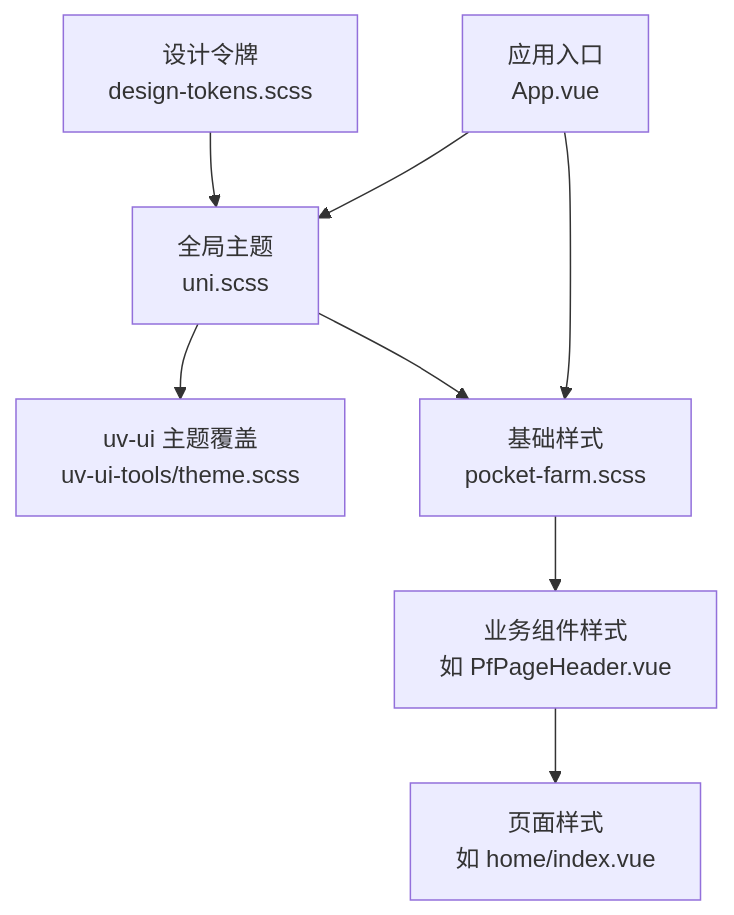
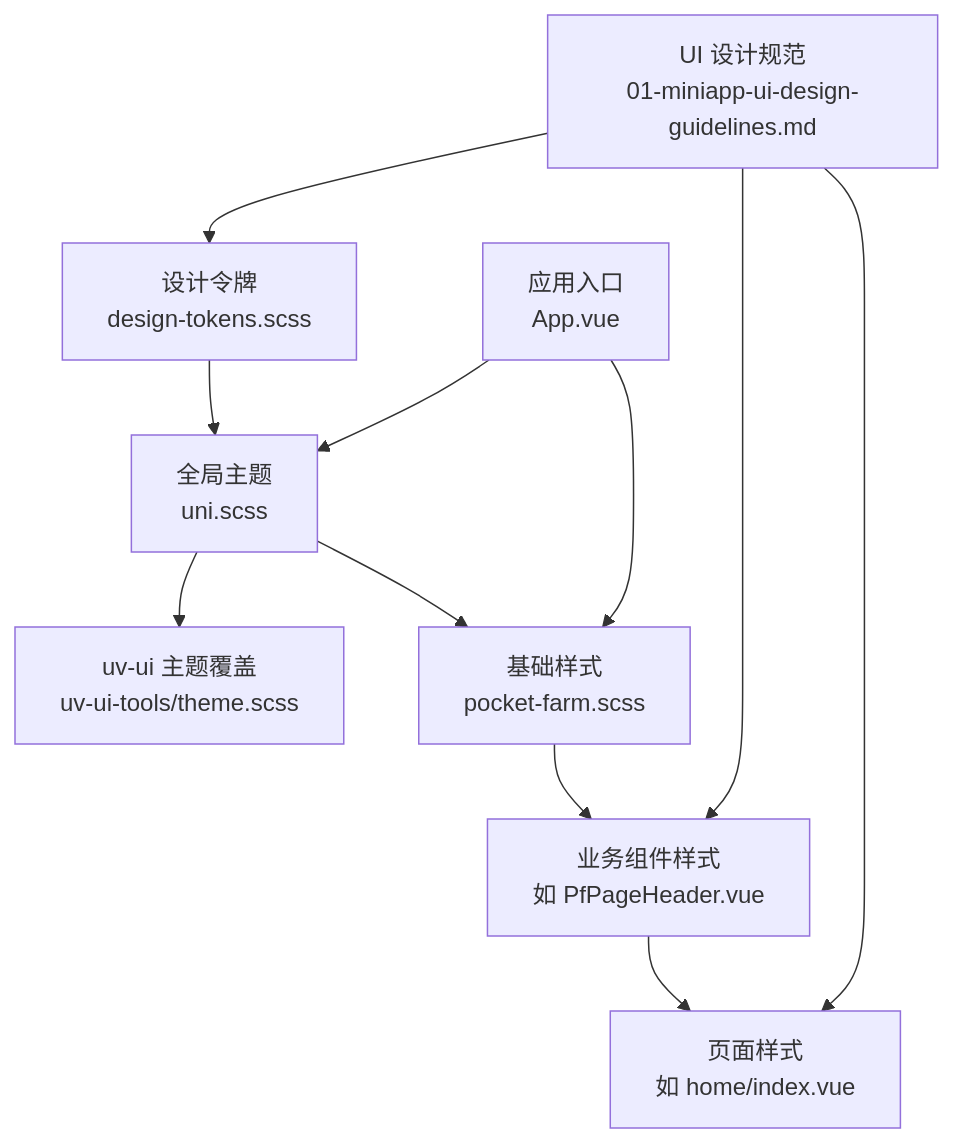
The first of 6 diagrams in .qoder/repowiki/zh/content/系统架构/前端架构/样式与主题.md (wungjyan/pocket-farm), drawn with Mermaid before and after one commit. The commit also changed other lines of this file and 198 other files, not shown here.

````diff
--- a/.qoder/repowiki/zh/content/系统架构/前端架构/样式与主题.md
+++ b/.qoder/repowiki/zh/content/系统架构/前端架构/样式与主题.md
@@ -38,10 +50,13 @@
 ```mermaid
 graph TB
 A["设计令牌<br/>design-tokens.scss"] --> B["全局主题<br/>uni.scss"]
 B --> C["uv-ui 主题覆盖<br/>uv-ui-tools/theme.scss"]
 B --> D["基础样式<br/>pocket-farm.scss"]
 D --> E["业务组件样式<br/>如 PfPageHeader.vue"]
 E --> F["页面样式<br/>如 home/index.vue"]
 G["应用入口<br/>App.vue"] --> B
 G --> D
+H["UI 设计规范<br/>01-miniapp-ui-design-guidelines.md"] --> A
+H --> E
+H --> F
 ```
````
